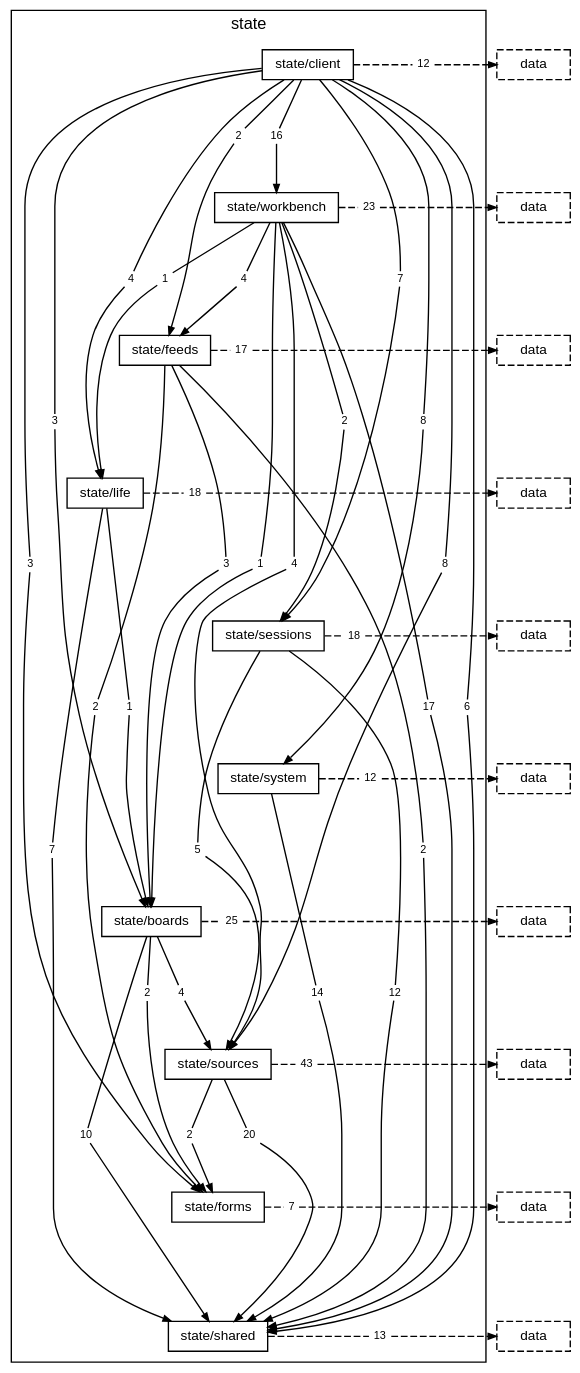
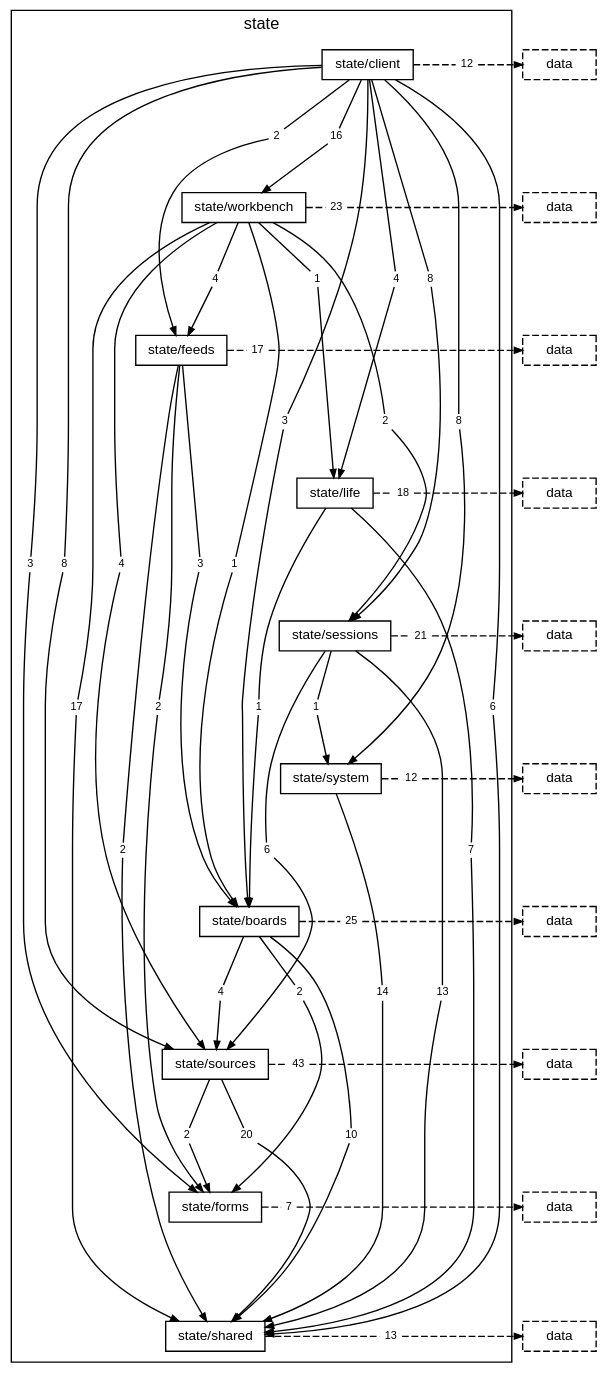
Before and after one commit to TheAxeC/oculus: the diagram in docs/diagrams/layer-state.dot, drawn with Graphviz. The commit also changed 144 other files, not shown here.

```diff
--- a/docs/diagrams/layer-state.dot
+++ b/docs/diagrams/layer-state.dot
@@ -18,7 +18,7 @@
         "folder state/client to folder state/feeds" [label="2", shape=box, color="transparent", fontsize=8, width=0, height=0, margin="0.04,0.02"];
         "folder state/client to folder state/forms" [label="3", shape=box, color="transparent", fontsize=8, width=0, height=0, margin="0.04,0.02"];
         "folder state/client to folder state/life" [label="4", shape=box, color="transparent", fontsize=8, width=0, height=0, margin="0.04,0.02"];
-        "folder state/client to folder state/sessions" [label="7", shape=box, color="transparent", fontsize=8, width=0, height=0, margin="0.04,0.02"];
+        "folder state/client to folder state/sessions" [label="8", shape=box, color="transparent", fontsize=8, width=0, height=0, margin="0.04,0.02"];
         "folder state/client to folder state/shared" [label="6", shape=box, color="transparent", fontsize=8, width=0, height=0, margin="0.04,0.02"];
         "folder state/client to folder state/sources" [label="8", shape=box, color="transparent", fontsize=8, width=0, height=0, margin="0.04,0.02"];
         "folder state/client to folder state/system" [label="8", shape=box, color="transparent", fontsize=8, width=0, height=0, margin="0.04,0.02"];
@@ -38,9 +38,10 @@
         "folder state/life to folder state/boards" [label="1", shape=box, color="transparent", fontsize=8, width=0, height=0, margin="0.04,0.02"];
         "folder state/life to folder state/shared" [label="7", shape=box, color="transparent", fontsize=8, width=0, height=0, margin="0.04,0.02"];
         "folder state/life to layer data" [label="18", shape=box, color="transparent", fontsize=8, width=0, height=0, margin="0.04,0.02"];
-        "folder state/sessions to folder state/shared" [label="12", shape=box, color="transparent", fontsize=8, width=0, height=0, margin="0.04,0.02"];
-        "folder state/sessions to folder state/sources" [label="5", shape=box, color="transparent", fontsize=8, width=0, height=0, margin="0.04,0.02"];
-        "folder state/sessions to layer data" [label="18", shape=box, color="transparent", fontsize=8, width=0, height=0, margin="0.04,0.02"];
+        "folder state/sessions to folder state/shared" [label="13", shape=box, color="transparent", fontsize=8, width=0, height=0, margin="0.04,0.02"];
+        "folder state/sessions to folder state/sources" [label="6", shape=box, color="transparent", fontsize=8, width=0, height=0, margin="0.04,0.02"];
+        "folder state/sessions to folder state/system" [label="1", shape=box, color="transparent", fontsize=8, width=0, height=0, margin="0.04,0.02"];
+        "folder state/sessions to layer data" [label="21", shape=box, color="transparent", fontsize=8, width=0, height=0, margin="0.04,0.02"];
         "folder state/system to folder state/shared" [label="14", shape=box, color="transparent", fontsize=8, width=0, height=0, margin="0.04,0.02"];
         "folder state/system to layer data" [label="12", shape=box, color="transparent", fontsize=8, width=0, height=0, margin="0.04,0.02"];
         "folder state/boards to folder state/forms" [label="2", shape=box, color="transparent", fontsize=8, width=0, height=0, margin="0.04,0.02"];
@@ -128,6 +129,8 @@
     "folder state/sessions to folder state/shared" -> "folder state/shared" [];
     "folder state/sessions" -> "folder state/sessions to folder state/sources" [arrowhead=none, minlen=3, weight=10];
     "folder state/sessions to folder state/sources" -> "folder state/sources" [];
+    "folder state/sessions" -> "folder state/sessions to folder state/system" [arrowhead=none, minlen=1, weight=10];
+    "folder state/sessions to folder state/system" -> "folder state/system" [];
     "folder state/sessions" -> "folder state/sessions to layer data" [arrowhead=none, style=dashed];
     "folder state/sessions to layer data" -> "layer data from folder state/sessions" [style=dashed];
     { rank=same; "folder state/sessions"; "folder state/sessions to layer data"; "layer data from folder state/sessions"; }
```
